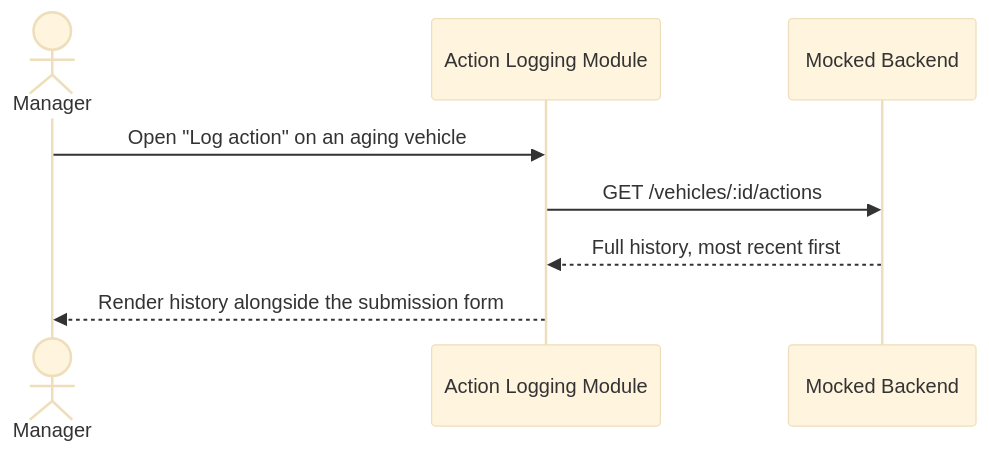
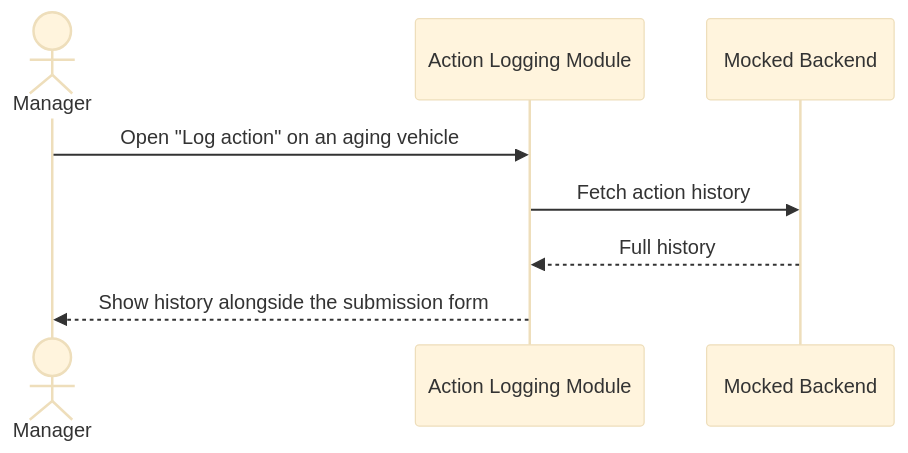
Before and after one commit to nmtrong1000/keyloop-challenge: the third of 4 diagrams in SDD.md, drawn with Mermaid (base theme). The commit also changed other lines of this file and 1 other file, not shown here.

First line of the commit message:
docs(STORY_20): plain-English wording in §4 sequence diagrams

````diff
--- a/SDD.md
+++ b/SDD.md
@@ -97,11 +97,11 @@
 ```mermaid
 sequenceDiagram
     actor Manager
     participant ALM as Action Logging Module
     participant Mock as Mocked Backend
 
     Manager->>ALM: Open "Log action" on an aging vehicle
-    ALM->>Mock: GET /vehicles/:id/actions
-    Mock-->>ALM: Full history, most recent first
-    ALM-->>Manager: Render history alongside the submission form
+    ALM->>Mock: Fetch action history
+    Mock-->>ALM: Full history
+    ALM-->>Manager: Show history alongside the submission form
 ```
````
